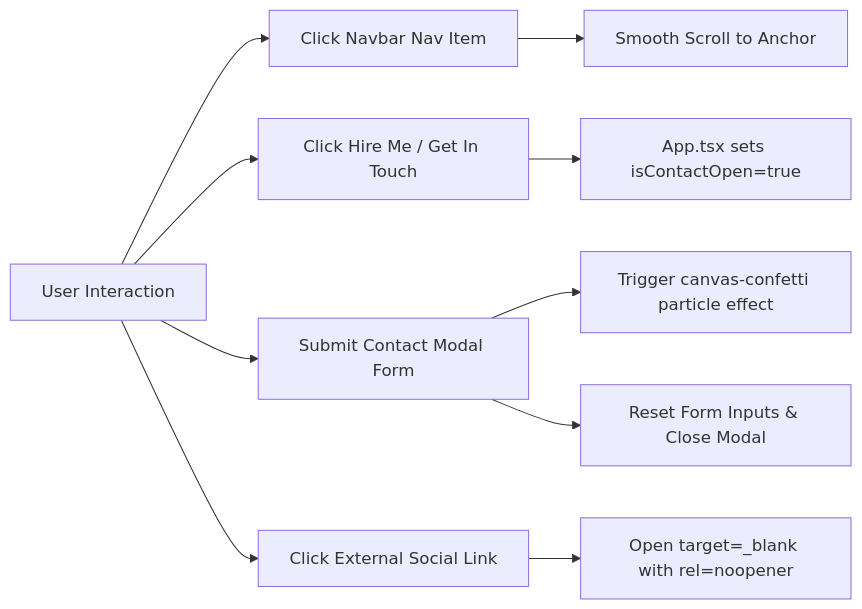
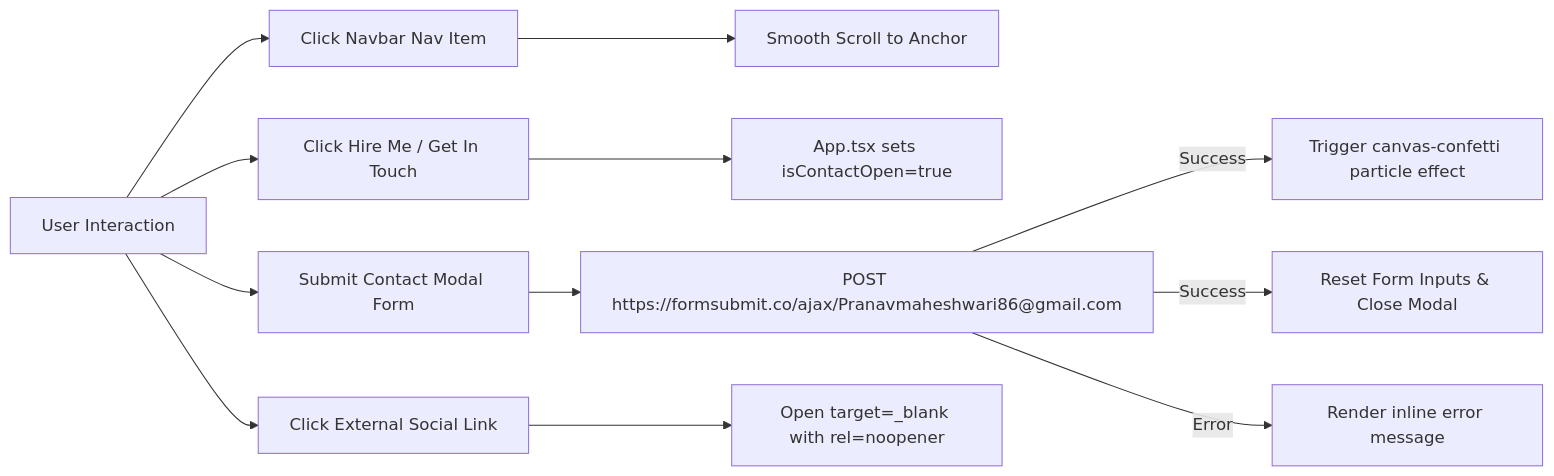
Before and after one commit to pranavmaheshwari86-cpu/Portfolio: the diagram in code-review-graph/api-graph.md, drawn with Mermaid. The commit also changed 4 other files, not shown here.

Commit message:
docs: update memory, code-review-graph, and graphify state maps

````diff
--- a/code-review-graph/api-graph.md
+++ b/code-review-graph/api-graph.md
@@ -3,13 +3,15 @@
 ```mermaid
 graph LR
     User[User Interaction] --> NavClick[Click Navbar Nav Item]
     User --> ContactBtn[Click Hire Me / Get In Touch]
     User --> FormSubmit[Submit Contact Modal Form]
     User --> SocialClick[Click External Social Link]
 
     NavClick --> Scroll[Smooth Scroll to Anchor]
     ContactBtn --> ModalOpen[App.tsx sets isContactOpen=true]
-    FormSubmit --> Confetti[Trigger canvas-confetti particle effect]
-    FormSubmit --> Reset[Reset Form Inputs & Close Modal]
+    FormSubmit --> APIFetch[POST https://formsubmit.co/ajax/Pranavmaheshwari86@gmail.com]
+    APIFetch -->|Success| Confetti[Trigger canvas-confetti particle effect]
+    APIFetch -->|Success| Reset[Reset Form Inputs & Close Modal]
+    APIFetch -->|Error| ErrorBanner[Render inline error message]
     SocialClick --> TabOpen[Open target=_blank with rel=noopener]
 ```
````
